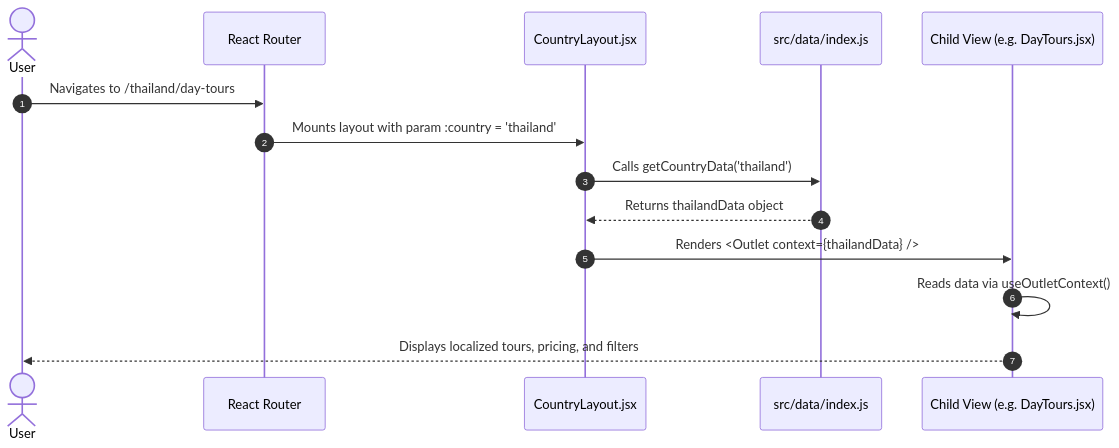
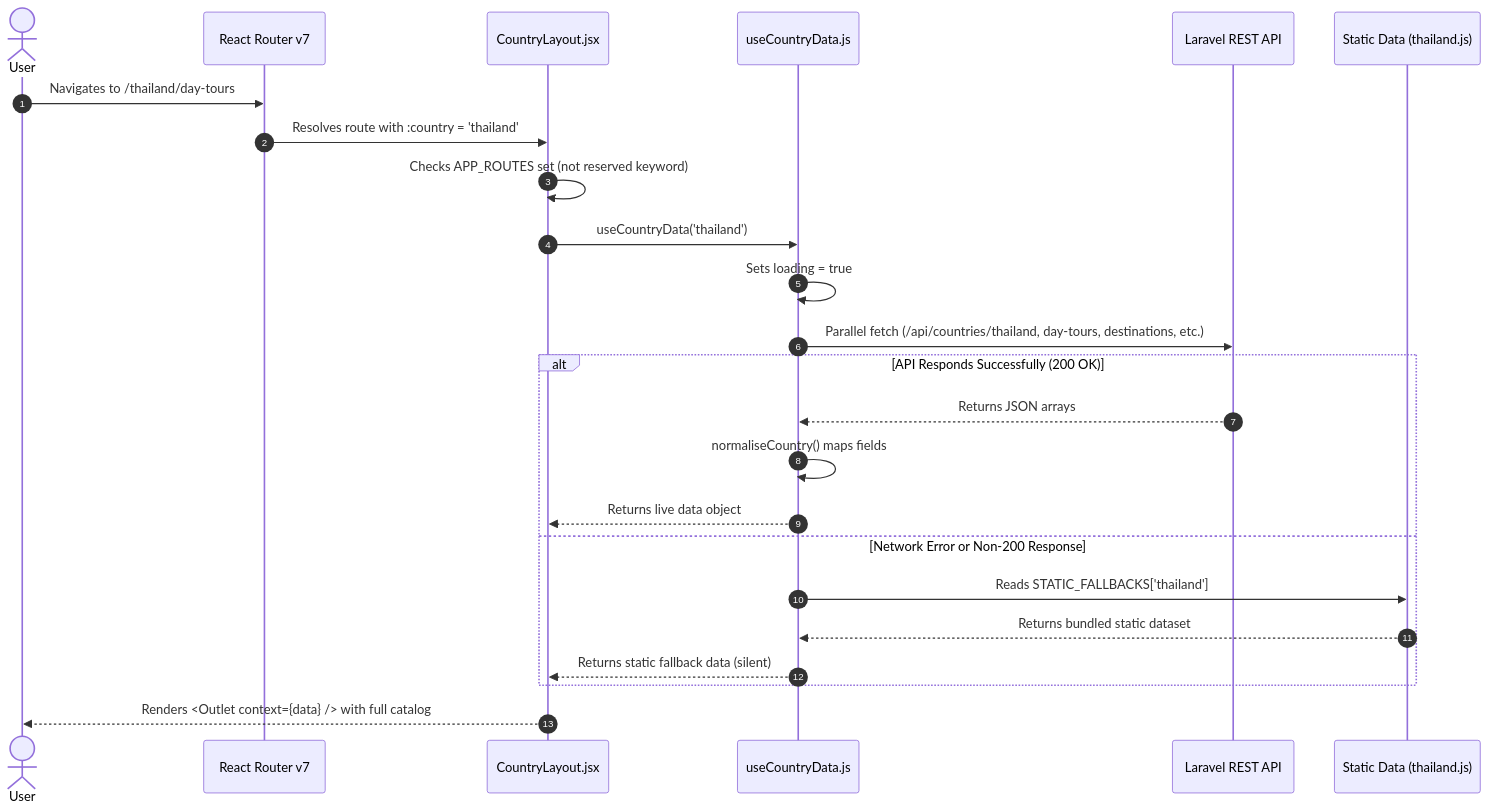
The second of 3 diagrams in PROJECT_CONTEXT.md (akhil-vj/PlanTripOnline-Frontend), drawn with Mermaid before and after one commit. The commit also changed other lines of this file and 1 other file, not shown here.

Commit message:
docs: add backend database gap analysis and update project context

````diff
--- a/PROJECT_CONTEXT.md
+++ b/PROJECT_CONTEXT.md
@@ -229,17 +458,27 @@
 ```mermaid
 sequenceDiagram
     autonumber
     actor User
-    participant Router as React Router
-    participant CountryLayout as CountryLayout.jsx
-    participant DataRegistry as src/data/index.js
-    participant ChildPage as Child View (e.g. DayTours.jsx)
+    participant Router as React Router v7
+    participant Layout as CountryLayout.jsx
+    participant Hook as useCountryData.js
+    participant API as Laravel REST API
+    participant Fallback as Static Data (thailand.js)
 
     User->>Router: Navigates to /thailand/day-tours
-    Router->>CountryLayout: Mounts layout with param :country = 'thailand'
-    CountryLayout->>DataRegistry: Calls getCountryData('thailand')
-    DataRegistry-->>CountryLayout: Returns thailandData object
-    CountryLayout->>ChildPage: Renders <Outlet context={thailandData} />
-    ChildPage->>ChildPage: Reads data via useOutletContext()
-    ChildPage-->>User: Displays localized tours, pricing, and filters
+    Router->>Layout: Resolves route with :country = 'thailand'
+    Layout->>Layout: Checks APP_ROUTES set (not reserved keyword)
+    Layout->>Hook: useCountryData('thailand')
+    Hook->>Hook: Sets loading = true
+    Hook->>API: Parallel fetch (/api/countries/thailand, day-tours, destinations, etc.)
+    alt API Responds Successfully (200 OK)
+        API-->>Hook: Returns JSON arrays
+        Hook->>Hook: normaliseCountry() maps fields
+        Hook-->>Layout: Returns live data object
+    else Network Error or Non-200 Response
+        Hook->>Fallback: Reads STATIC_FALLBACKS['thailand']
+        Fallback-->>Hook: Returns bundled static dataset
+        Hook-->>Layout: Returns static fallback data (silent)
+    end
+    Layout-->>User: Renders <Outlet context={data} /> with full catalog
 ```
````
